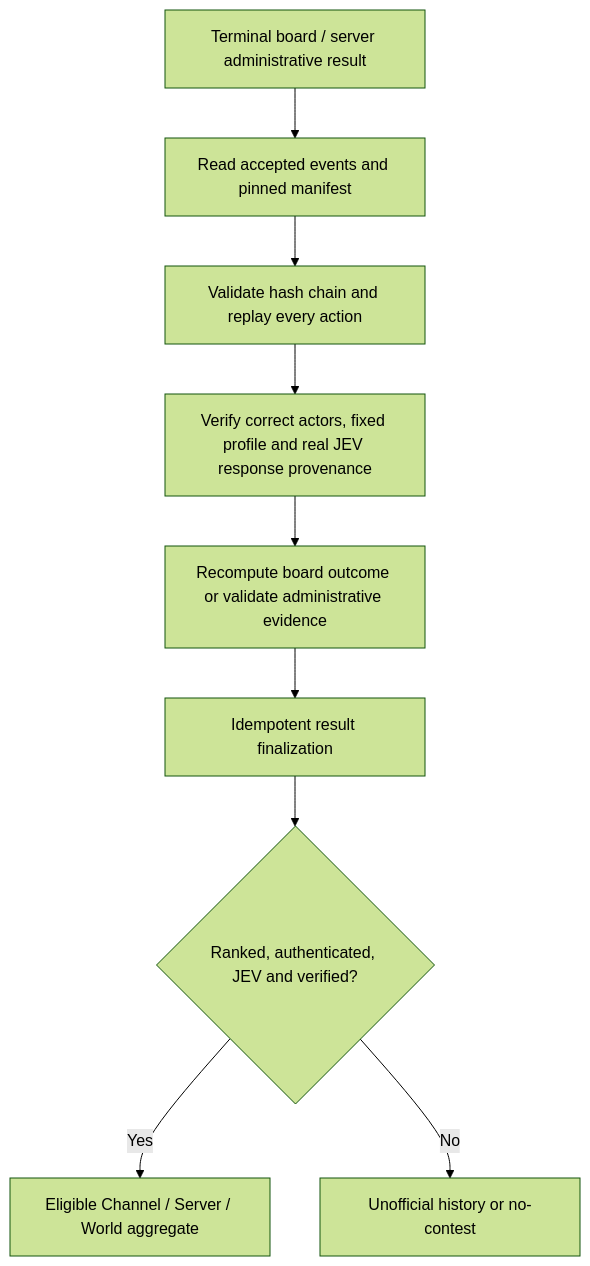
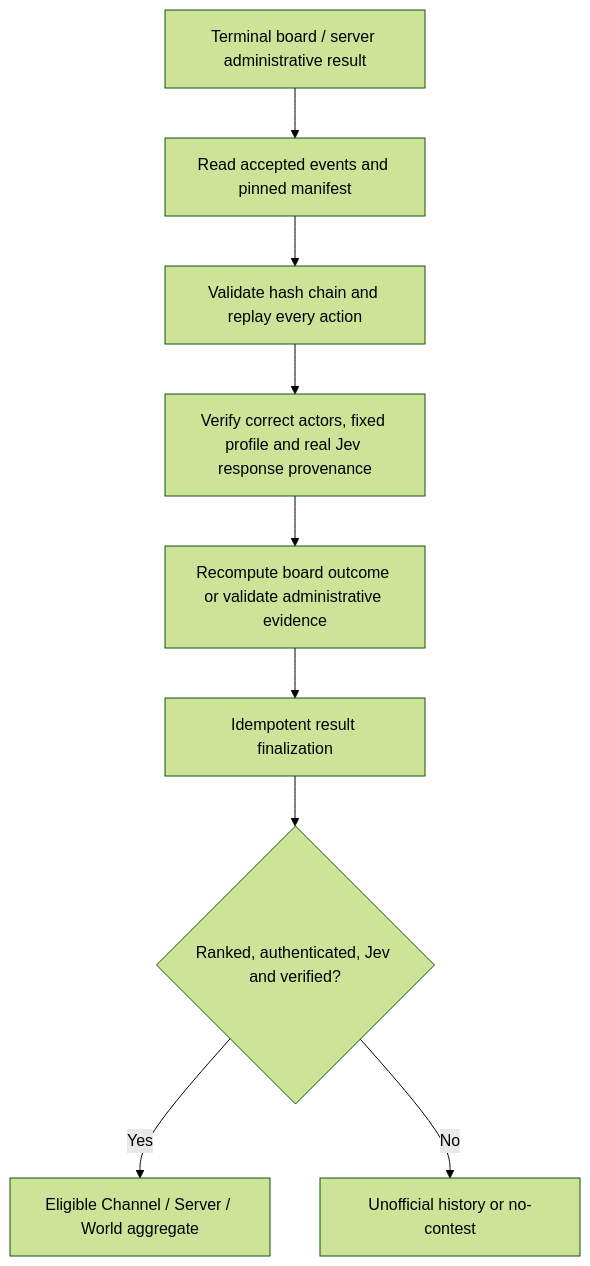
The fourth of 4 diagrams in docs/ARCHITECTURE.md (jevplays-games/jev-checkers-analytics), drawn with Mermaid (forest theme) before and after one commit. The commit also changed other lines of this file and 40 other files, not shown here.

````diff
--- a/docs/ARCHITECTURE.md
+++ b/docs/ARCHITECTURE.md
@@ -78,11 +78,11 @@
 ```mermaid
 flowchart TD
   END[Terminal board / server administrative result] --> EV[Read accepted events and pinned manifest]
   EV --> HASH[Validate hash chain and replay every action]
-  HASH --> PROV[Verify correct actors, fixed profile and real JEV response provenance]
+  HASH --> PROV[Verify correct actors, fixed profile and real Jev response provenance]
   PROV --> RES[Recompute board outcome or validate administrative evidence]
   RES --> FINAL[Idempotent result finalization]
-  FINAL --> ELIG{Ranked, authenticated, JEV and verified?}
+  FINAL --> ELIG{Ranked, authenticated, Jev and verified?}
   ELIG -- Yes --> LB[Eligible Channel / Server / World aggregate]
   ELIG -- No --> PRIVATE[Unofficial history or no-contest]
 ```
````
